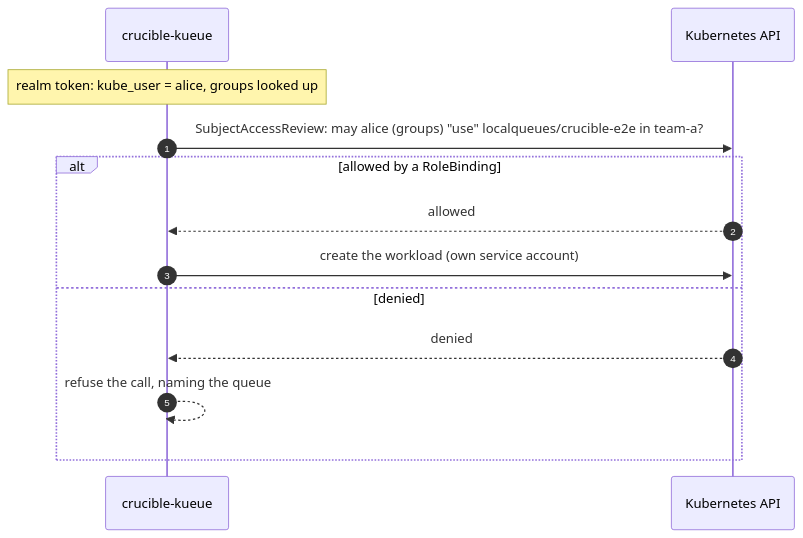
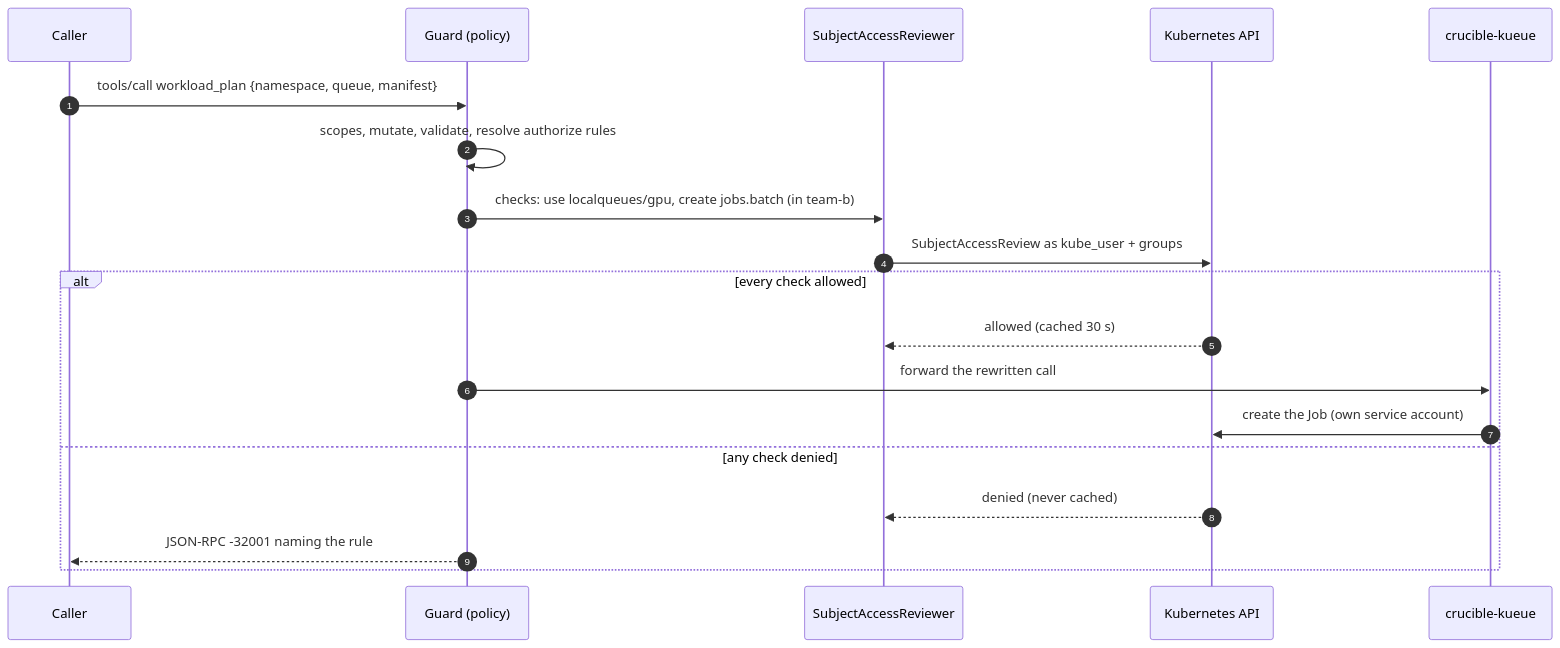
The fifth of 5 diagrams in crucible-mcp-auth/README.md (neuralmagic/crucible), drawn with Mermaid before and after one commit. The commit also changed other lines of this file, not shown here.

First line of the commit message:
Document Kubernetes authorization and what the policy model enables

````diff
--- a/crucible-mcp-auth/README.md
+++ b/crucible-mcp-auth/README.md
@@ -341,15 +343,21 @@
 ```mermaid
 sequenceDiagram
     autonumber
-    participant M as crucible-kueue
+    participant C as Caller
+    participant G as Guard (policy)
+    participant R as SubjectAccessReviewer
     participant A as Kubernetes API
-    Note over M: realm token: kube_user = alice, groups looked up
-    M->>A: SubjectAccessReview: may alice (groups) "use" localqueues/crucible-e2e in team-a?
-    alt allowed by a RoleBinding
-        A-->>M: allowed
-        M->>A: create the workload (own service account)
-    else denied
-        A-->>M: denied
-        M-->>M: refuse the call, naming the queue
+    participant K as crucible-kueue
+    C->>G: tools/call workload_plan {namespace, queue, manifest}
+    G->>G: scopes, mutate, validate, resolve authorize rules
+    G->>R: checks: use localqueues/gpu, create jobs.batch (in team-b)
+    R->>A: SubjectAccessReview as kube_user + groups
+    alt every check allowed
+        A-->>R: allowed (cached 30 s)
+        G->>K: forward the rewritten call
+        K->>A: create the Job (own service account)
+    else any check denied
+        A-->>R: denied (never cached)
+        G-->>C: JSON-RPC -32001 naming the rule
     end
 ```
````
